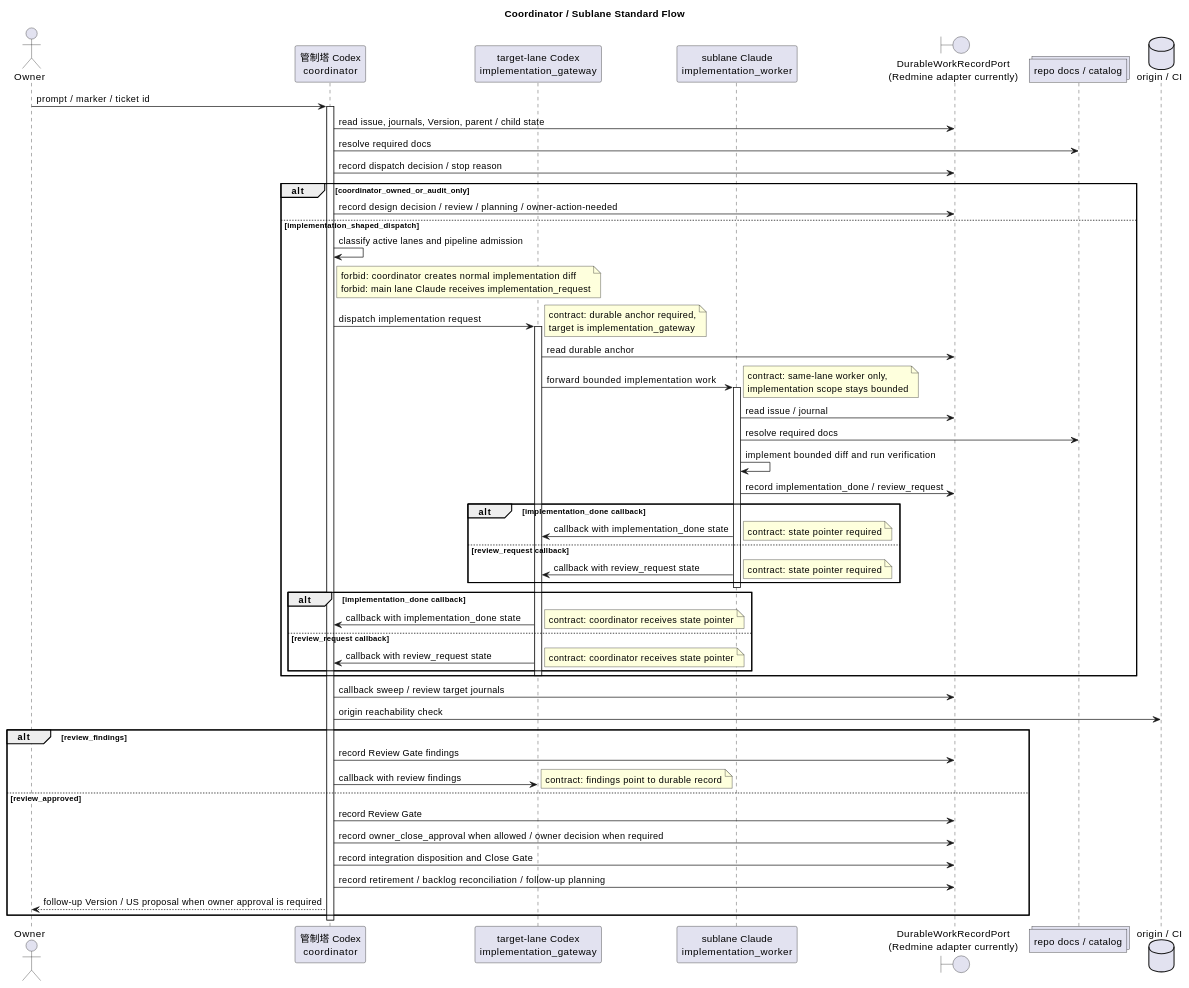
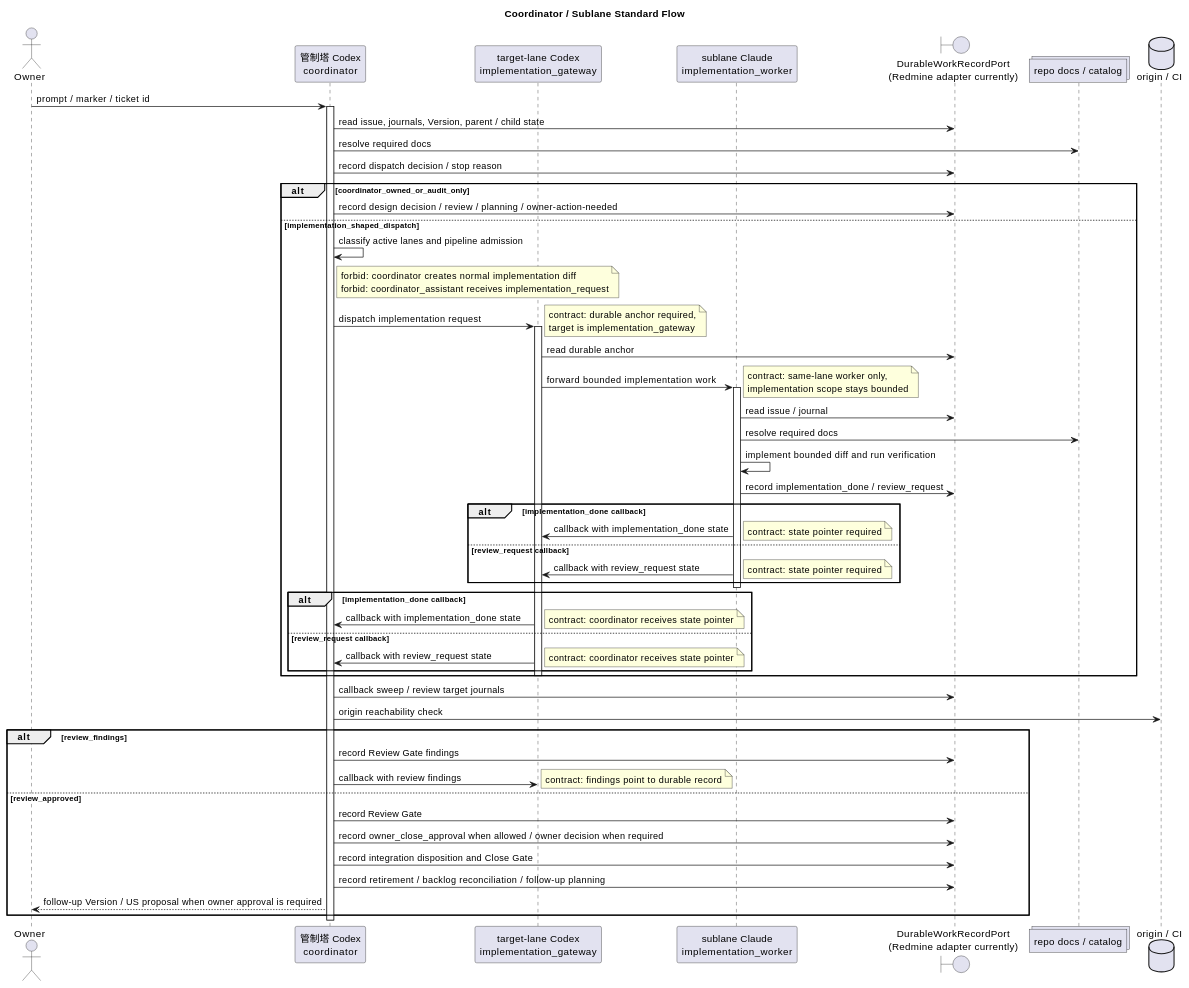
One commit to hollySizzle/mozyo_bridge changed the diagram in vibes/docs/logics/coordinator-sublane-development-flow.md. Above: the diagram before and after it, drawn with PlantUML. The commit also changed other lines of this file and 11 other files, not shown here.

First line of the commit message:
docs: formalize coordinator assistant terminology

````diff
--- a/vibes/docs/logics/coordinator-sublane-development-flow.md
+++ b/vibes/docs/logics/coordinator-sublane-development-flow.md
@@ -598,77 +598,77 @@
 ```plantuml
 @startuml coordinator_sublane_standard_sequence
 title Coordinator / Sublane Standard Flow
 
 actor Owner
 participant "管制塔 Codex\ncoordinator" as Coordinator
 participant "target-lane Codex\nimplementation_gateway" as Gateway
 participant "sublane Claude\nimplementation_worker" as Worker
 boundary "DurableWorkRecordPort\n(Redmine adapter currently)" as WorkRecord
 collections "repo docs / catalog" as Docs
 database "origin / CI" as Origin
 
 Owner -> Coordinator: prompt / marker / ticket id
 activate Coordinator
 Coordinator -> WorkRecord: read issue, journals, Version, parent / child state
 Coordinator -> Docs: resolve required docs
 Coordinator -> WorkRecord: record dispatch decision / stop reason
 
 alt coordinator_owned_or_audit_only
   Coordinator -> WorkRecord: record design decision / review / planning / owner-action-needed
 else implementation_shaped_dispatch
   Coordinator -> Coordinator: classify active lanes and pipeline admission
   note right of Coordinator
     forbid: coordinator creates normal implementation diff
-    forbid: main lane Claude receives implementation_request
+    forbid: coordinator_assistant receives implementation_request
   end note
   Coordinator -> Gateway: dispatch implementation request
   note right
     contract: durable anchor required,
     target is implementation_gateway
   end note
   activate Gateway
   Gateway -> WorkRecord: read durable anchor
   Gateway -> Worker: forward bounded implementation work
   note right
     contract: same-lane worker only,
     implementation scope stays bounded
   end note
   activate Worker
   Worker -> WorkRecord: read issue / journal
   Worker -> Docs: resolve required docs
   Worker -> Worker: implement bounded diff and run verification
   Worker -> WorkRecord: record implementation_done / review_request
   alt implementation_done callback
     Worker -> Gateway: callback with implementation_done state
     note right: contract: state pointer required
   else review_request callback
     Worker -> Gateway: callback with review_request state
     note right: contract: state pointer required
   end
   deactivate Worker
   alt implementation_done callback
     Gateway -> Coordinator: callback with implementation_done state
     note right: contract: coordinator receives state pointer
   else review_request callback
     Gateway -> Coordinator: callback with review_request state
     note right: contract: coordinator receives state pointer
   end
   deactivate Gateway
 end
 
 Coordinator -> WorkRecord: callback sweep / review target journals
 Coordinator -> Origin: origin reachability check
 alt review_findings
   Coordinator -> WorkRecord: record Review Gate findings
   Coordinator -> Gateway: callback with review findings
   note right: contract: findings point to durable record
 else review_approved
   Coordinator -> WorkRecord: record Review Gate
   Coordinator -> WorkRecord: record owner_close_approval when allowed / owner decision when required
   Coordinator -> WorkRecord: record integration disposition and Close Gate
   Coordinator -> WorkRecord: record retirement / backlog reconciliation / follow-up planning
   Coordinator --> Owner: follow-up Version / US proposal when owner approval is required
 end
 deactivate Coordinator
 @enduml
 ```
````
